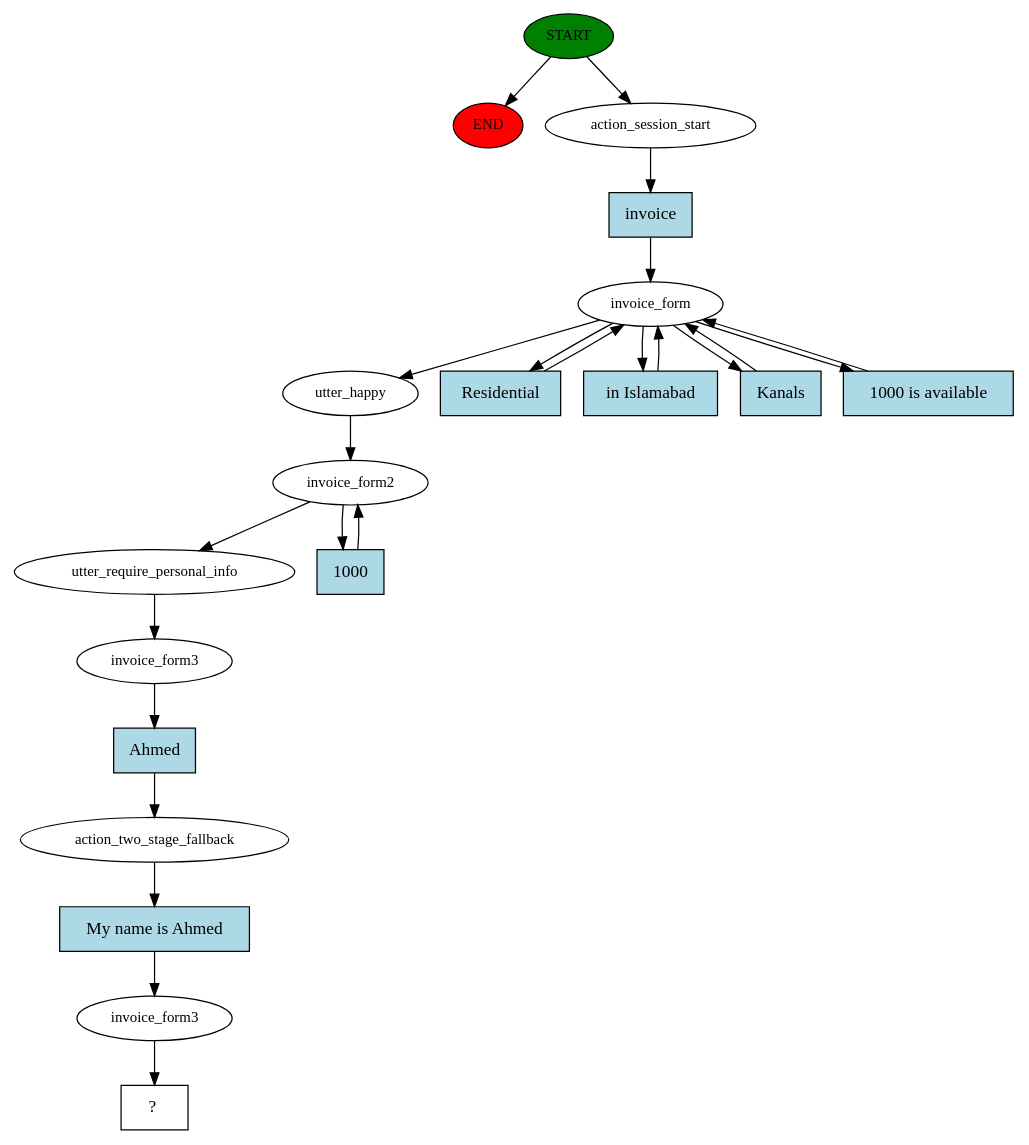
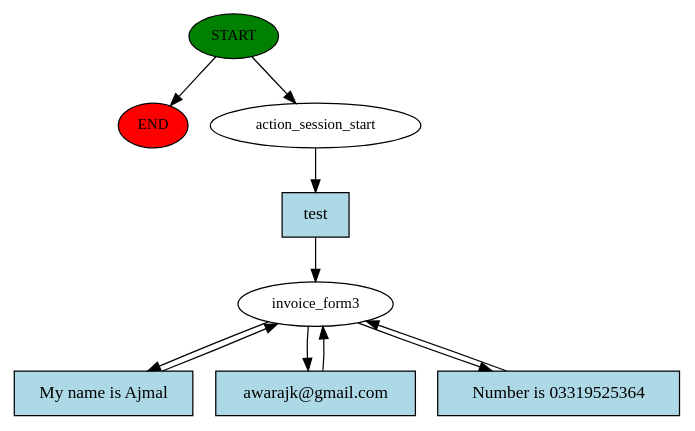
Before and after one commit to AhmedJ15/Solar-Energy-Chatbot: the diagram in story_graph.dot, drawn with Graphviz. The commit also changed 5 other files, not shown here.

```diff
--- a/story_graph.dot
+++ b/story_graph.dot
@@ -1,44 +1,20 @@
 digraph  {
 0 [class="start active", fillcolor=green, fontsize=12, label=START, style=filled];
 "-1" [class=end, fillcolor=red, fontsize=12, label=END, style=filled];
 1 [class=active, fontsize=12, label=action_session_start];
-2 [class=active, fontsize=12, label=invoice_form];
-7 [class=active, fontsize=12, label=utter_happy];
-8 [class=active, fontsize=12, label=invoice_form2];
-10 [class=active, fontsize=12, label=utter_require_personal_info];
-11 [class=active, fontsize=12, label=invoice_form3];
-12 [class=active, fontsize=12, label=action_two_stage_fallback];
-13 [class=active, fontsize=12, label=invoice_form3];
-14 [class="intent dashed active", label="  ?  ", shape=rect];
-15 [class="intent active", fillcolor=lightblue, label=invoice, shape=rect, style=filled];
-16 [class="intent active", fillcolor=lightblue, label=Residential, shape=rect, style=filled];
-17 [class="intent active", fillcolor=lightblue, label="in Islamabad", shape=rect, style=filled];
-18 [class="intent active", fillcolor=lightblue, label=Kanals, shape=rect, style=filled];
-19 [class="intent active", fillcolor=lightblue, label="1000 is available", shape=rect, style=filled];
-20 [class="intent active", fillcolor=lightblue, label=1000, shape=rect, style=filled];
-21 [class="intent active", fillcolor=lightblue, label=Ahmed, shape=rect, style=filled];
-22 [class="intent active", fillcolor=lightblue, label="My name is Ahmed", shape=rect, style=filled];
+2 [class="active dashed", fontsize=12, label=invoice_form3];
+6 [class="intent active", fillcolor=lightblue, label=test, shape=rect, style=filled];
+7 [class="intent active", fillcolor=lightblue, label="My name is Ajmal", shape=rect, style=filled];
+8 [class="intent active", fillcolor=lightblue, label="awarajk@gmail.com", shape=rect, style=filled];
+9 [class="intent active", fillcolor=lightblue, label="Number is 03319525364", shape=rect, style=filled];
 0 -> "-1"  [class="", key=NONE, label=""];
 0 -> 1  [class=active, key=NONE, label=""];
-1 -> 15  [class=active, key=0];
-2 -> 7  [class=active, key=NONE, label=""];
-2 -> 16  [class=active, key=0];
-2 -> 17  [class=active, key=0];
-2 -> 18  [class=active, key=0];
-2 -> 19  [class=active, key=0];
-7 -> 8  [class=active, key=NONE, label=""];
-8 -> 10  [class=active, key=NONE, label=""];
-8 -> 20  [class=active, key=0];
-10 -> 11  [class=active, key=NONE, label=""];
-11 -> 21  [class=active, key=0];
-12 -> 22  [class=active, key=0];
-13 -> 14  [class=active, key=NONE, label=""];
-15 -> 2  [class=active, key=0];
-16 -> 2  [class=active, key=0];
-17 -> 2  [class=active, key=0];
-18 -> 2  [class=active, key=0];
-19 -> 2  [class=active, key=0];
-20 -> 8  [class=active, key=0];
-21 -> 12  [class=active, key=0];
-22 -> 13  [class=active, key=0];
+1 -> 6  [class=active, key=0];
+2 -> 7  [class=active, key=0];
+2 -> 8  [class=active, key=0];
+2 -> 9  [class=active, key=0];
+6 -> 2  [class=active, key=0];
+7 -> 2  [class=active, key=0];
+8 -> 2  [class=active, key=0];
+9 -> 2  [class=active, key=0];
 }
```
